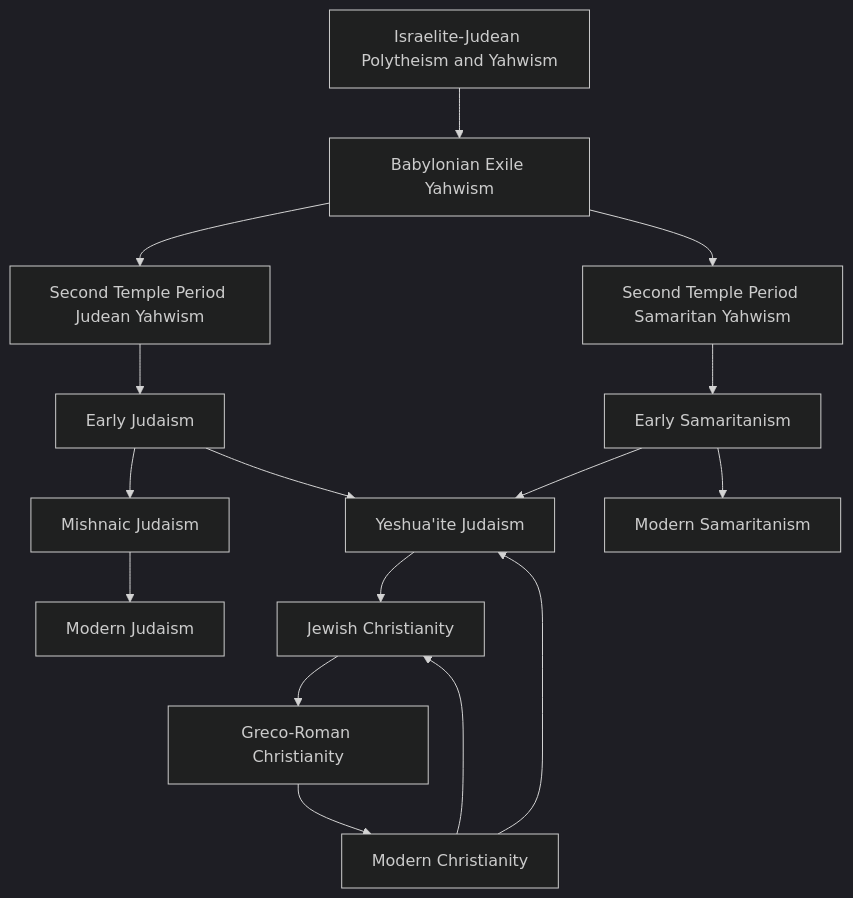
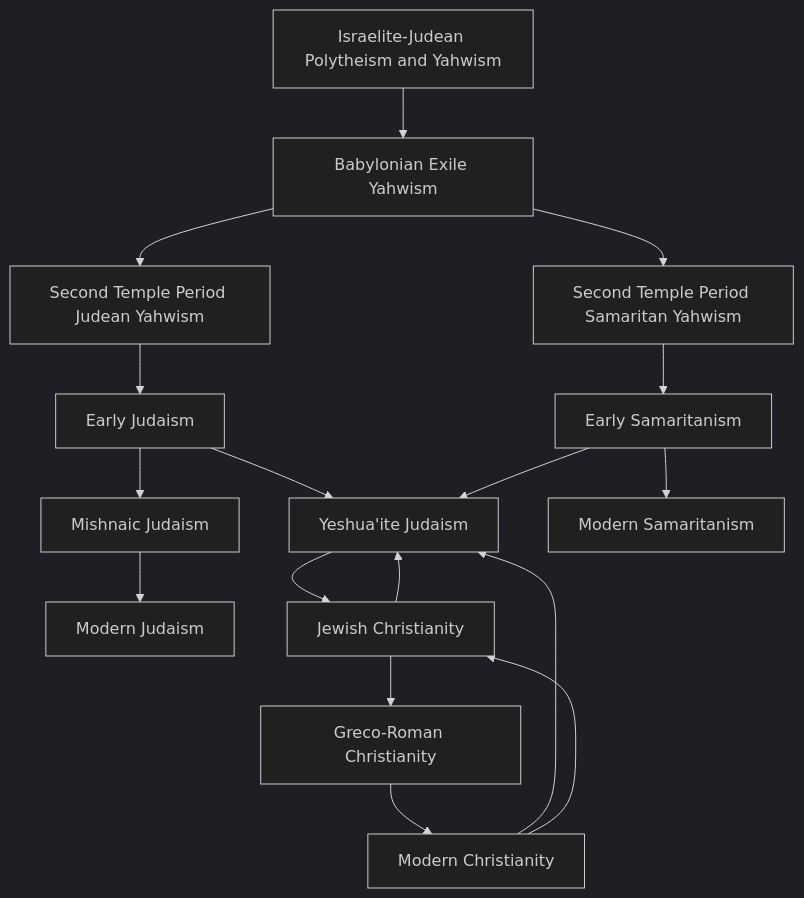
One commit to bendqh1/mermaid changed the diagram in emergence_of_judaism_and_samaritanism.mermaid. Above: the diagram before and after it, drawn with Mermaid (dark theme).

```diff
--- a/emergence_of_judaism_and_samaritanism.mermaid
+++ b/emergence_of_judaism_and_samaritanism.mermaid
@@ -1,20 +1,21 @@
 flowchart TD
     A1[Israelite-Judean Polytheism and Yahwism]
     A1 --> A2[Babylonian Exile Yahwism]
     A2 --> A3[Second Temple Period Judean Yahwism] 
     A2 --> A4[Second Temple Period Samaritan Yahwism]
 
     A3 --> B1[Early Judaism]
     A4 --> B2[Early Samaritanism]
 
     B1 --> C1[Mishnaic Judaism]
     B1 & B2 --> C2[Yeshua'ite Judaism]
 
     C1 --> D1[Modern Judaism]
     B2 --> D2[Modern Samaritanism]
     
     C2 --> XX1[Jewish Christianity]
     XX1 --> XX2[Greco-Roman Christianity]
     XX2 --> XX3[Modern Christianity]
 
+    XX1 --> C2
     XX3 --> C2 & XX1
```
